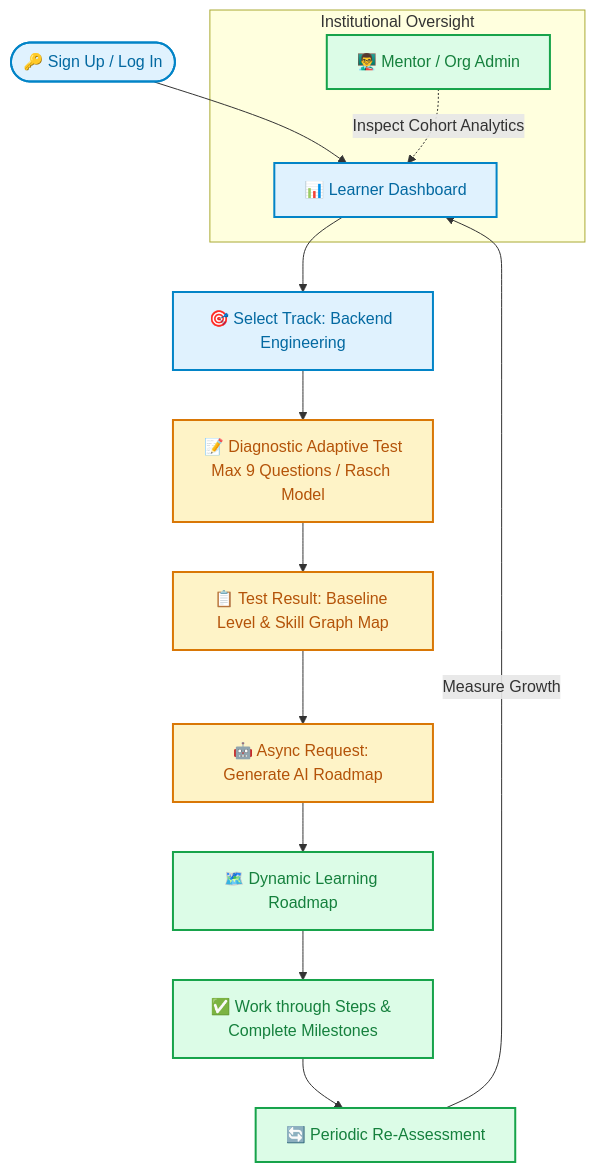
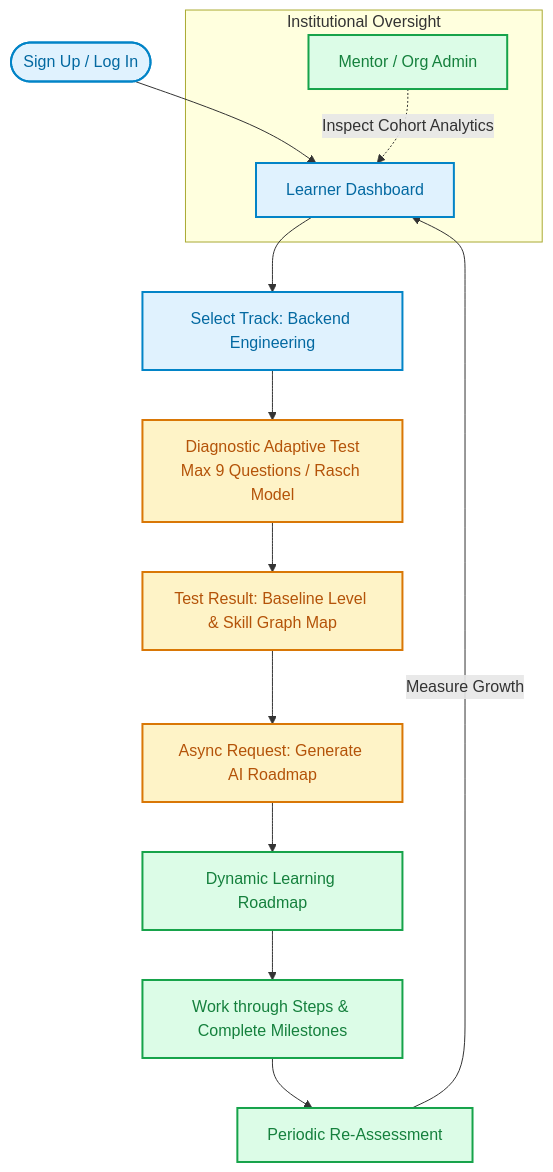
One commit to LNCT-Unix/AI-Powered-Upskilling-Platform changed the first of 3 diagrams in README.md. Above: the diagram before and after it, drawn with Mermaid. The commit also changed other lines of this file, not shown here.

````diff
--- a/README.md
+++ b/README.md
@@ -85,23 +85,23 @@
 ```mermaid
 flowchart TD
-    A([🔑 Sign Up / Log In]) --> B[📊 Learner Dashboard]
-    B --> C[🎯 Select Track: Backend Engineering]
-    C --> D[📝 Diagnostic Adaptive Test\nMax 9 Questions / Rasch Model]
-    D --> E[📋 Test Result: Baseline Level & Skill Graph Map]
-    E --> F[🤖 Async Request: Generate AI Roadmap]
-    F --> G[🗺️ Dynamic Learning Roadmap]
-    G --> H[✅ Work through Steps & Complete Milestones]
-    H --> I[🔄 Periodic Re-Assessment]
+    A([ Sign Up / Log In]) --> B[ Learner Dashboard]
+    B --> C[ Select Track: Backend Engineering]
+    C --> D[ Diagnostic Adaptive Test\nMax 9 Questions / Rasch Model]
+    D --> E[ Test Result: Baseline Level & Skill Graph Map]
+    E --> F[ Async Request: Generate AI Roadmap]
+    F --> G[ Dynamic Learning Roadmap]
+    G --> H[ Work through Steps & Complete Milestones]
+    H --> I[ Periodic Re-Assessment]
     I -->|Measure Growth| B
 
     subgraph Institutional Oversight
-        M[👨‍🏫 Mentor / Org Admin] -.->|Inspect Cohort Analytics| B
+        M[ Mentor / Org Admin] -.->|Inspect Cohort Analytics| B
     end
 
     classDef primary fill:#e0f2fe,stroke:#0284c7,stroke-width:2px,color:#0369a1;
     classDef success fill:#dcfce7,stroke:#16a34a,stroke-width:2px,color:#15803d;
     classDef accent fill:#fef3c7,stroke:#d97706,stroke-width:2px,color:#b45309;
     class A,B,C primary;
     class D,E,F accent;
     class G,H,I,M success;
 ```
````
